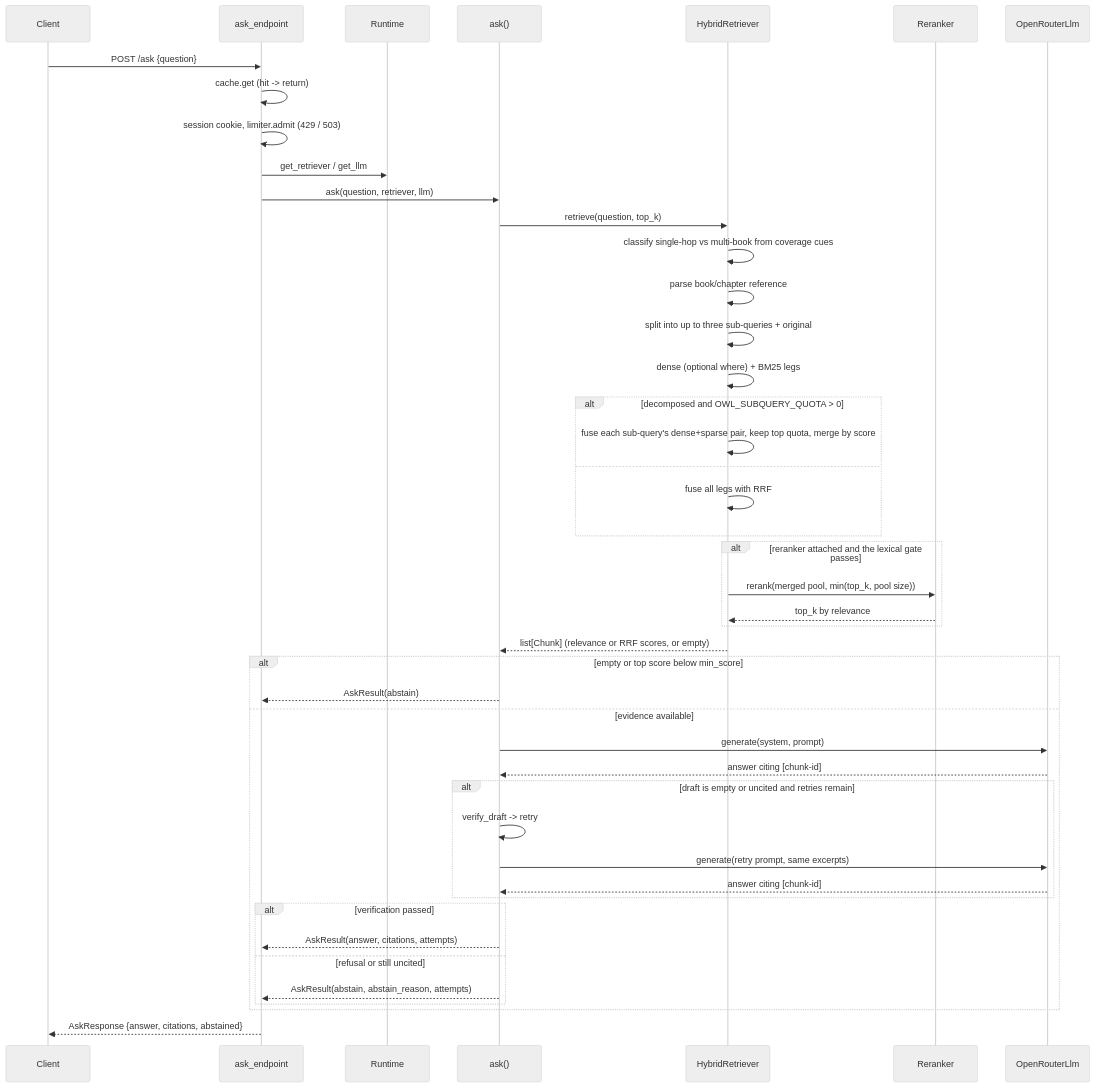
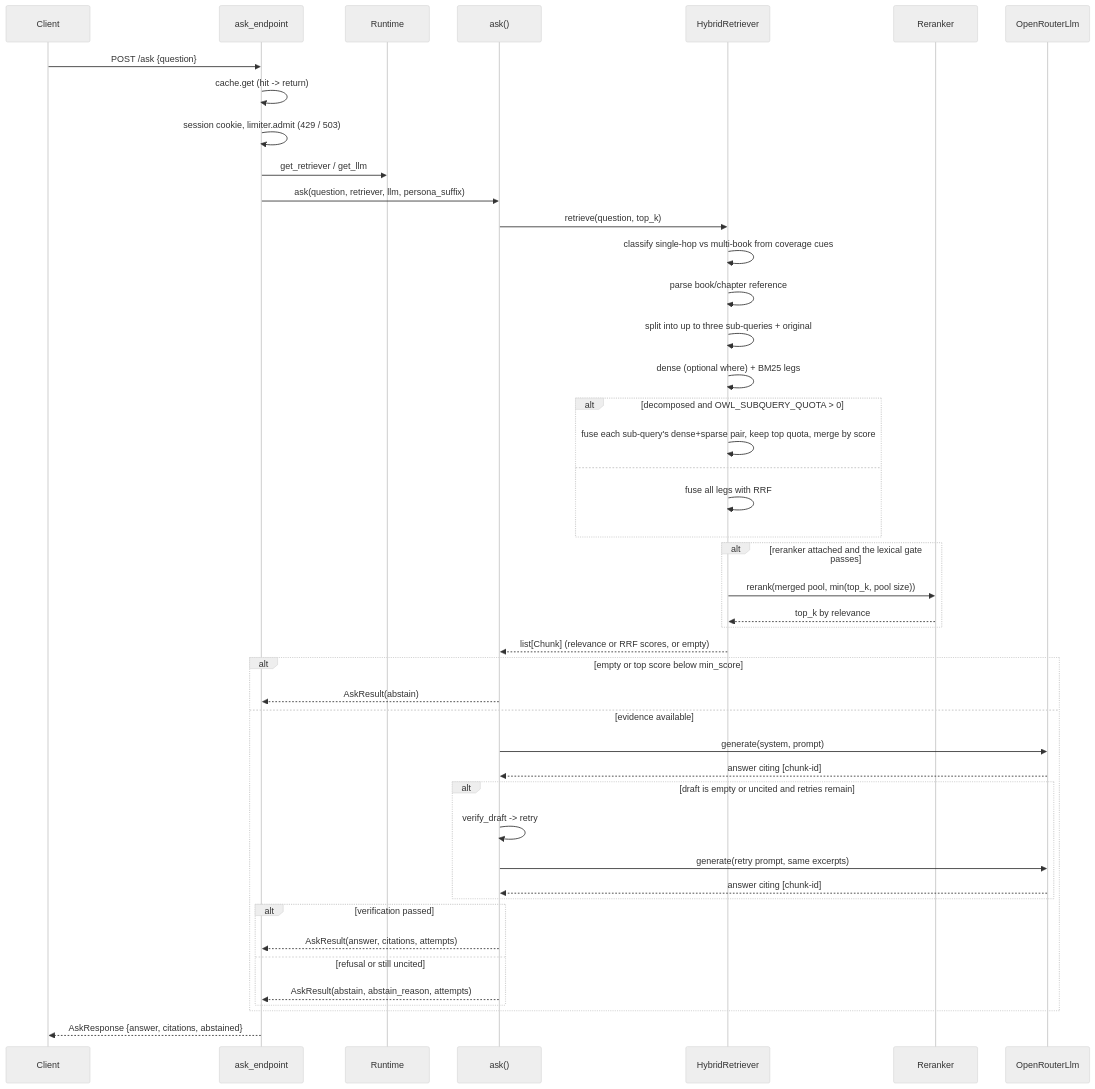
One commit to monitus2022/owl-online changed the third of 6 diagrams in docs/architecture.md. Above: the diagram before and after it, drawn with Mermaid (neutral theme). The commit also changed other lines of this file and 9 other files, not shown here.

````diff
--- a/docs/architecture.md
+++ b/docs/architecture.md
@@ -192,48 +192,48 @@
 ```mermaid
 sequenceDiagram
   participant C as Client
   participant API as ask_endpoint
   participant R as Runtime
   participant A as ask()
   participant RET as HybridRetriever
   participant RR as Reranker
   participant LLM as OpenRouterLlm
 
   C->>API: POST /ask {question}
   API->>API: cache.get (hit -> return)
   API->>API: session cookie, limiter.admit (429 / 503)
   API->>R: get_retriever / get_llm
-  API->>A: ask(question, retriever, llm)
+  API->>A: ask(question, retriever, llm, persona_suffix)
   A->>RET: retrieve(question, top_k)
   RET->>RET: classify single-hop vs multi-book from coverage cues
   RET->>RET: parse book/chapter reference
   RET->>RET: split into up to three sub-queries + original
   RET->>RET: dense (optional where) + BM25 legs
   alt decomposed and OWL_SUBQUERY_QUOTA > 0
     RET->>RET: fuse each sub-query's dense+sparse pair, keep top quota, merge by score
   else
     RET->>RET: fuse all legs with RRF
   end
   alt reranker attached and the lexical gate passes
     RET->>RR: rerank(merged pool, min(top_k, pool size))
     RR-->>RET: top_k by relevance
   end
   RET-->>A: list[Chunk] (relevance or RRF scores, or empty)
   alt empty or top score below min_score
     A-->>API: AskResult(abstain)
   else evidence available
     A->>LLM: generate(system, prompt)
     LLM-->>A: answer citing [chunk-id]
     alt draft is empty or uncited and retries remain
       A->>A: verify_draft -> retry
       A->>LLM: generate(retry prompt, same excerpts)
       LLM-->>A: answer citing [chunk-id]
     end
     alt verification passed
       A-->>API: AskResult(answer, citations, attempts)
     else refusal or still uncited
       A-->>API: AskResult(abstain, abstain_reason, attempts)
     end
   end
   API-->>C: AskResponse {answer, citations, abstained}
 ```
````
